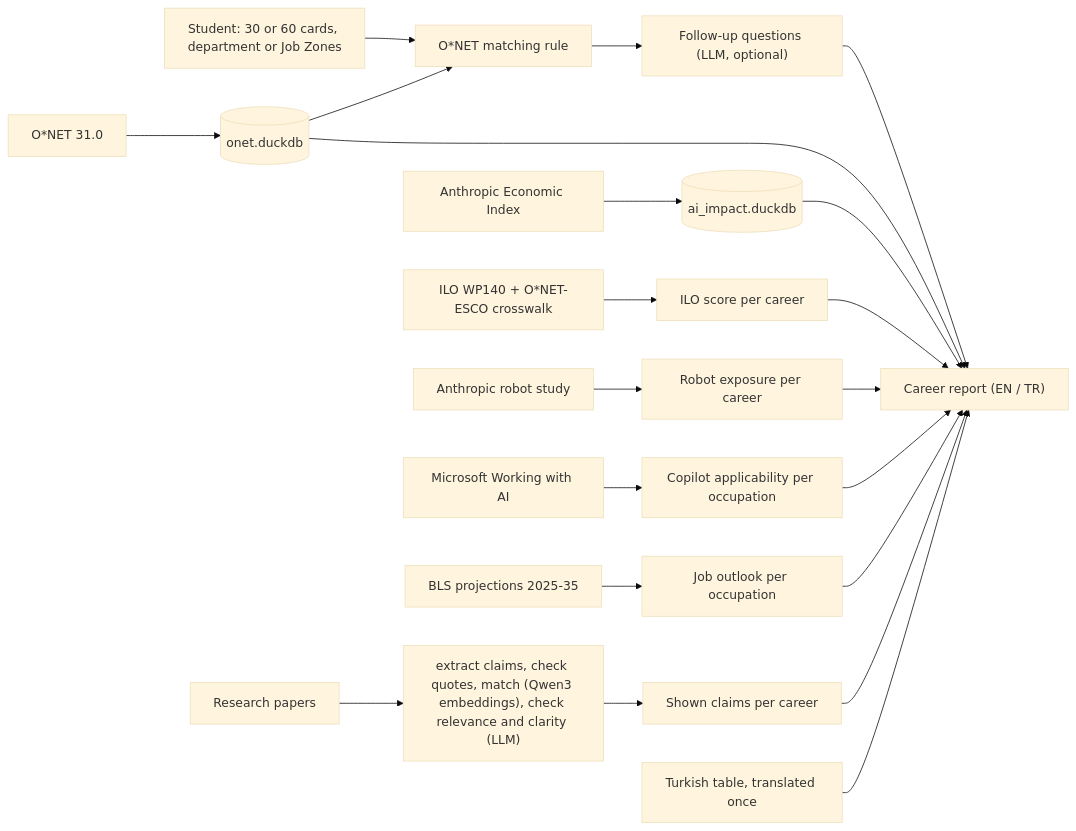
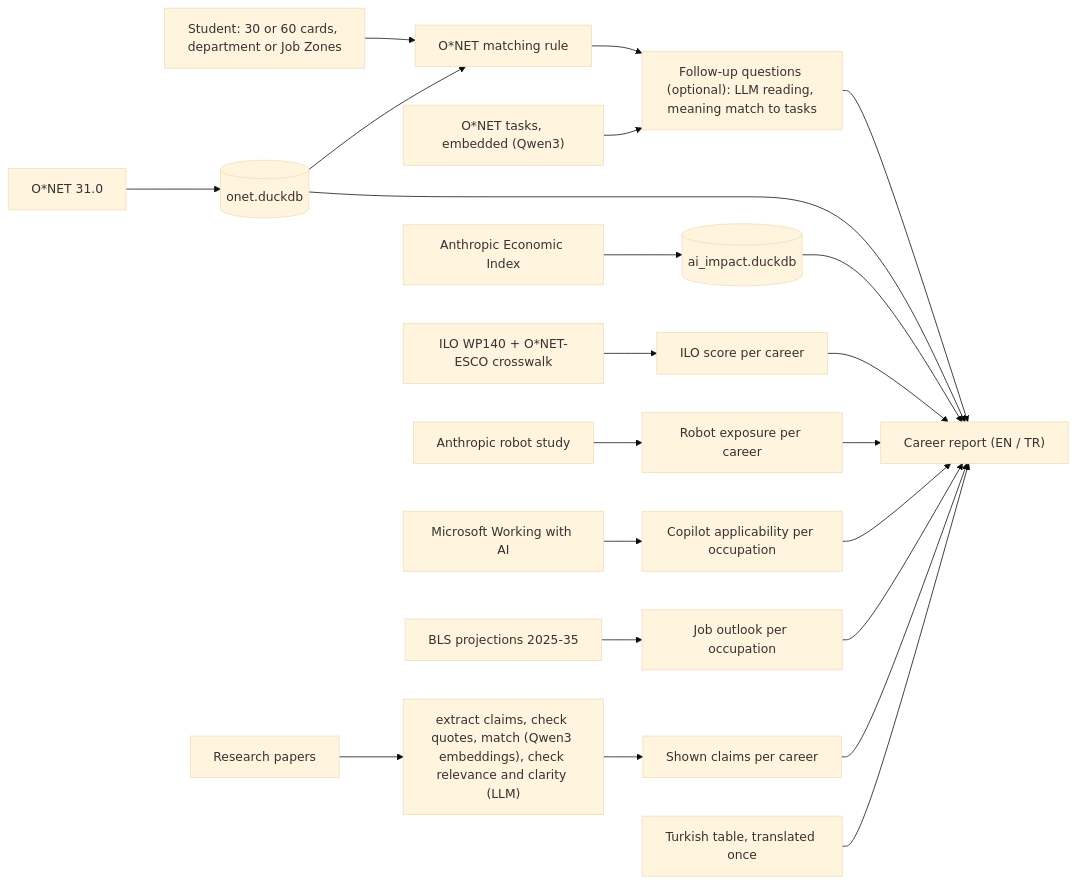
The diagram in README.md (b454k/ai-aware-career-guide), drawn with Mermaid (base theme) before and after one commit. The commit also changed other lines of this file and 1 other file, not shown here.

````diff
--- a/README.md
+++ b/README.md
@@ -59,23 +59,24 @@
 ```mermaid
 flowchart LR
     student["Student: 30 or 60 cards, department or Job Zones"] --> match["O*NET matching rule"]
-    match --> follow["Follow-up questions (LLM, optional)"]
+    match --> follow["Follow-up questions (optional): LLM reading, meaning match to tasks"]
+    tasks["O*NET tasks, embedded (Qwen3)"] --> follow
     follow --> report["Career report (EN / TR)"]
     onet["O*NET 31.0"] --> onetdb[("onet.duckdb")]
     aei["Anthropic Economic Index"] --> aidb[("ai_impact.duckdb")]
     ilo["ILO WP140 + O*NET-ESCO crosswalk"] --> ilocsv["ILO score per career"]
     robots["Anthropic robot study"] --> robotcsv["Robot exposure per career"]
     ms["Microsoft Working with AI"] --> mscsv["Copilot applicability per occupation"]
     bls["BLS projections 2025-35"] --> blscsv["Job outlook per occupation"]
     papers["Research papers"] --> pipe["extract claims, check quotes, match (Qwen3 embeddings), check relevance and clarity (LLM)"]
     pipe --> claims["Shown claims per career"]
     onetdb --> match
     onetdb --> report
     aidb --> report
     ilocsv --> report
     robotcsv --> report
     mscsv --> report
     blscsv --> report
     claims --> report
     tr["Turkish table, translated once"] --> report
 ```
````
